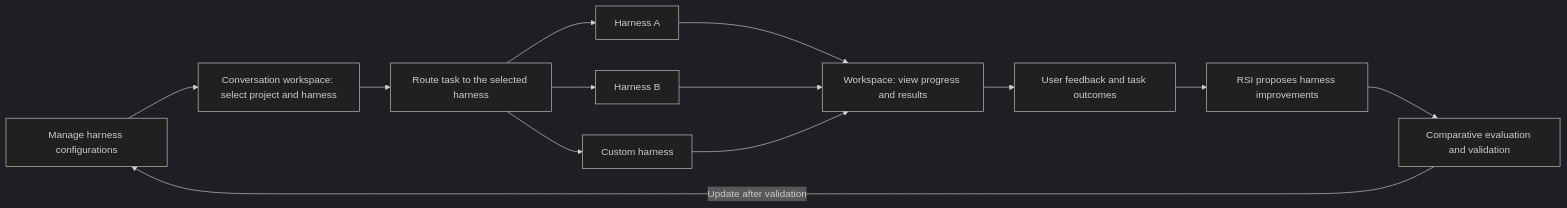
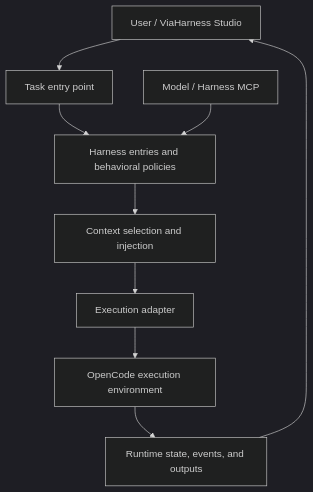
The diagram in README.en.md (ViaTumLab/YAgent), drawn with Mermaid (dark theme) before and after one commit. The commit also changed other lines of this file and 1 other file, not shown here.

Commit message:
docs: center README on the OpenMetaHarness core

````diff
--- a/README.en.md
+++ b/README.en.md
@@ -128,15 +68,11 @@
 ```mermaid
-flowchart LR
-    M[Manage harness configurations] --> S[Conversation workspace: select project and harness]
-    S --> R[Route task to the selected harness]
-    R --> A[Harness A]
-    R --> B[Harness B]
-    R --> C[Custom harness]
-    A --> W[Workspace: view progress and results]
-    B --> W
-    C --> W
-    W --> F[User feedback and task outcomes]
-    F --> I[RSI proposes harness improvements]
-    I --> V[Comparative evaluation and validation]
-    V -->|Update after validation| M
+flowchart TB
+    U[User / ViaHarness Studio] --> T[Task entry point]
+    T --> H[Harness entries and behavioral policies]
+    H --> C[Context selection and injection]
+    C --> A[Execution adapter]
+    A --> O[OpenCode execution environment]
+    O --> E[Runtime state, events, and outputs]
+    E --> U
+    M[Model / Harness MCP] --> H
 ```
````
